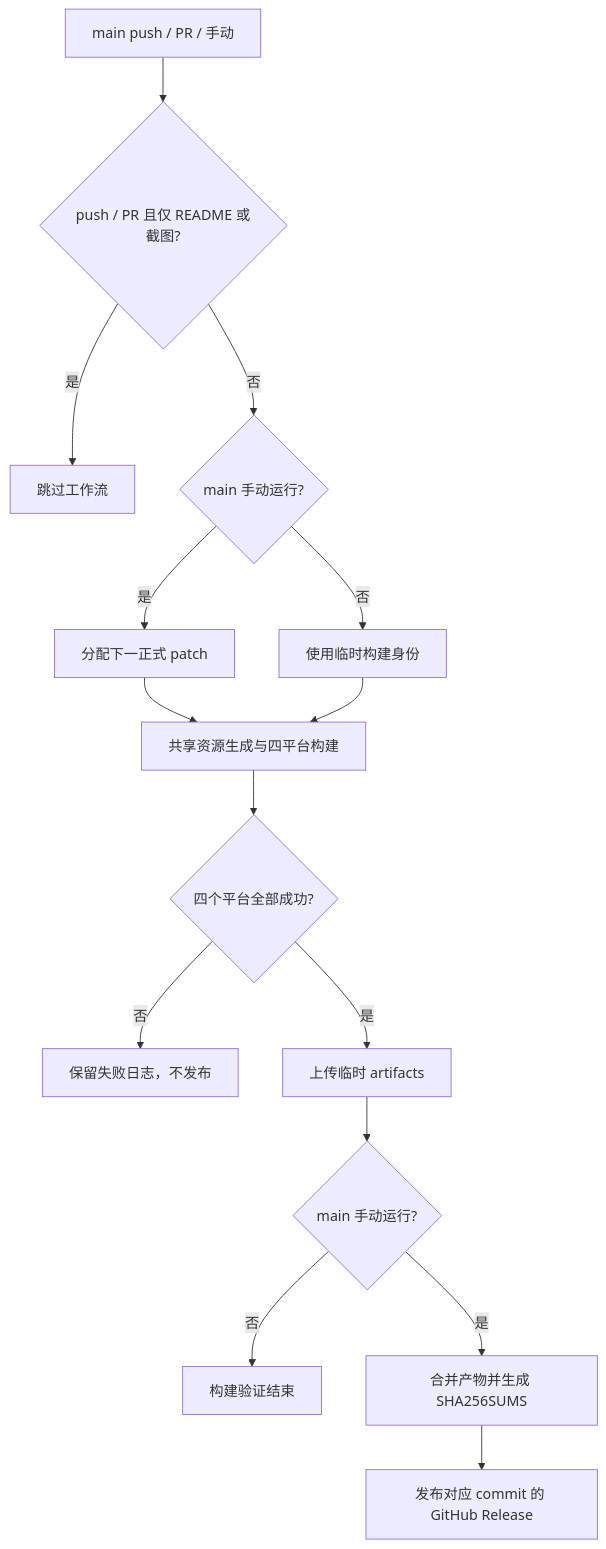
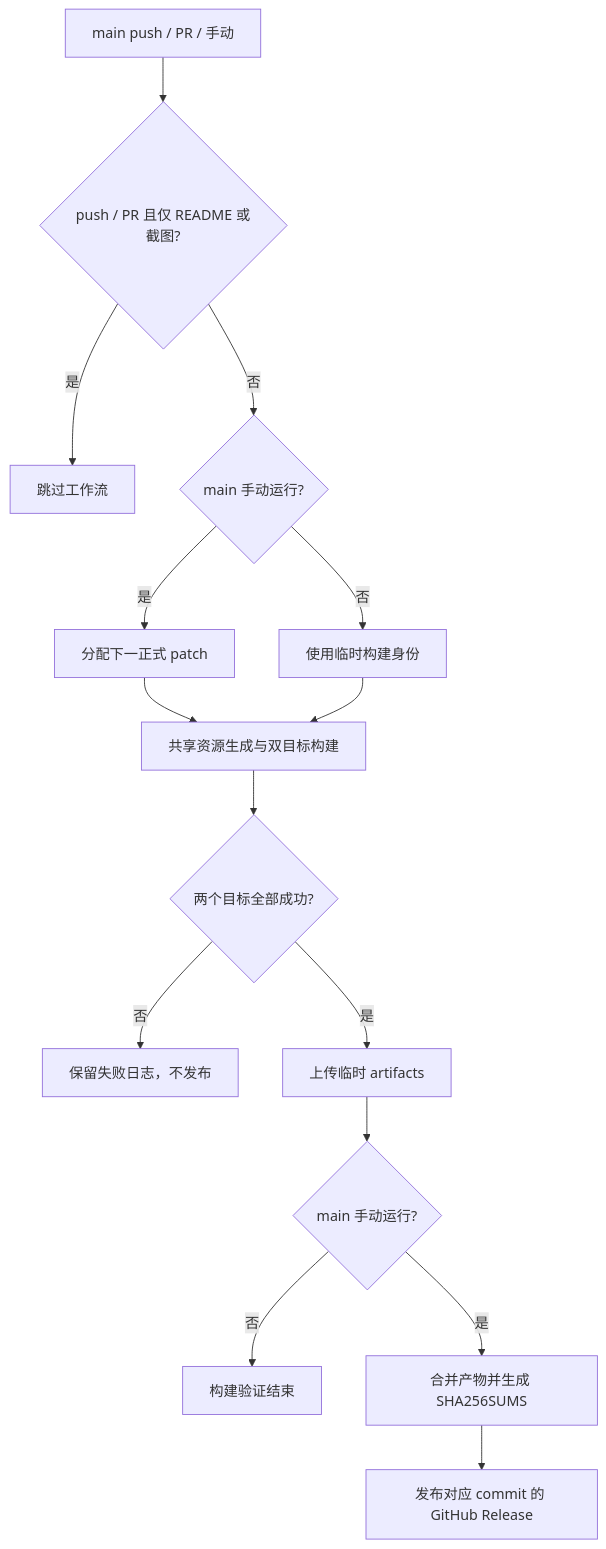
One commit to OpenX123/ZCode changed the diagram in docs/desktop/github-release-spec.md. Above: the diagram before and after it, drawn with Mermaid. The commit also changed other lines of this file and 10 other files, not shown here.

````diff
--- a/docs/desktop/github-release-spec.md
+++ b/docs/desktop/github-release-spec.md
@@ -18,17 +18,17 @@
 ```mermaid
 flowchart TD
     A[main push / PR / 手动] --> A1{push / PR 且仅 README 或截图?}
     A1 -- 是 --> A2[跳过工作流]
     A1 -- 否 --> A3{main 手动运行?}
     A3 -- 是 --> A4[分配下一正式 patch]
     A3 -- 否 --> A5[使用临时构建身份]
-    A4 --> B[共享资源生成与四平台构建]
+    A4 --> B[共享资源生成与双目标构建]
     A5 --> B
-    B --> C{四个平台全部成功?}
+    B --> C{两个目标全部成功?}
     C -- 否 --> D[保留失败日志，不发布]
     C -- 是 --> E[上传临时 artifacts]
     E --> F{main 手动运行?}
     F -- 否 --> G[构建验证结束]
     F -- 是 --> I[合并产物并生成 SHA256SUMS]
     I --> J[发布对应 commit 的 GitHub Release]
 ```
````
